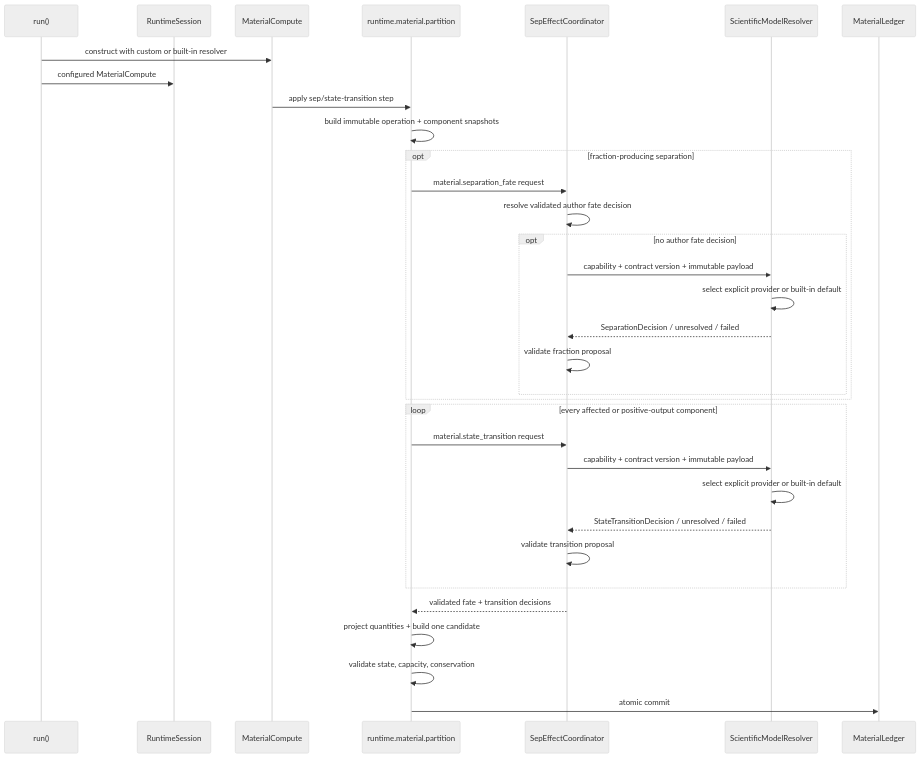
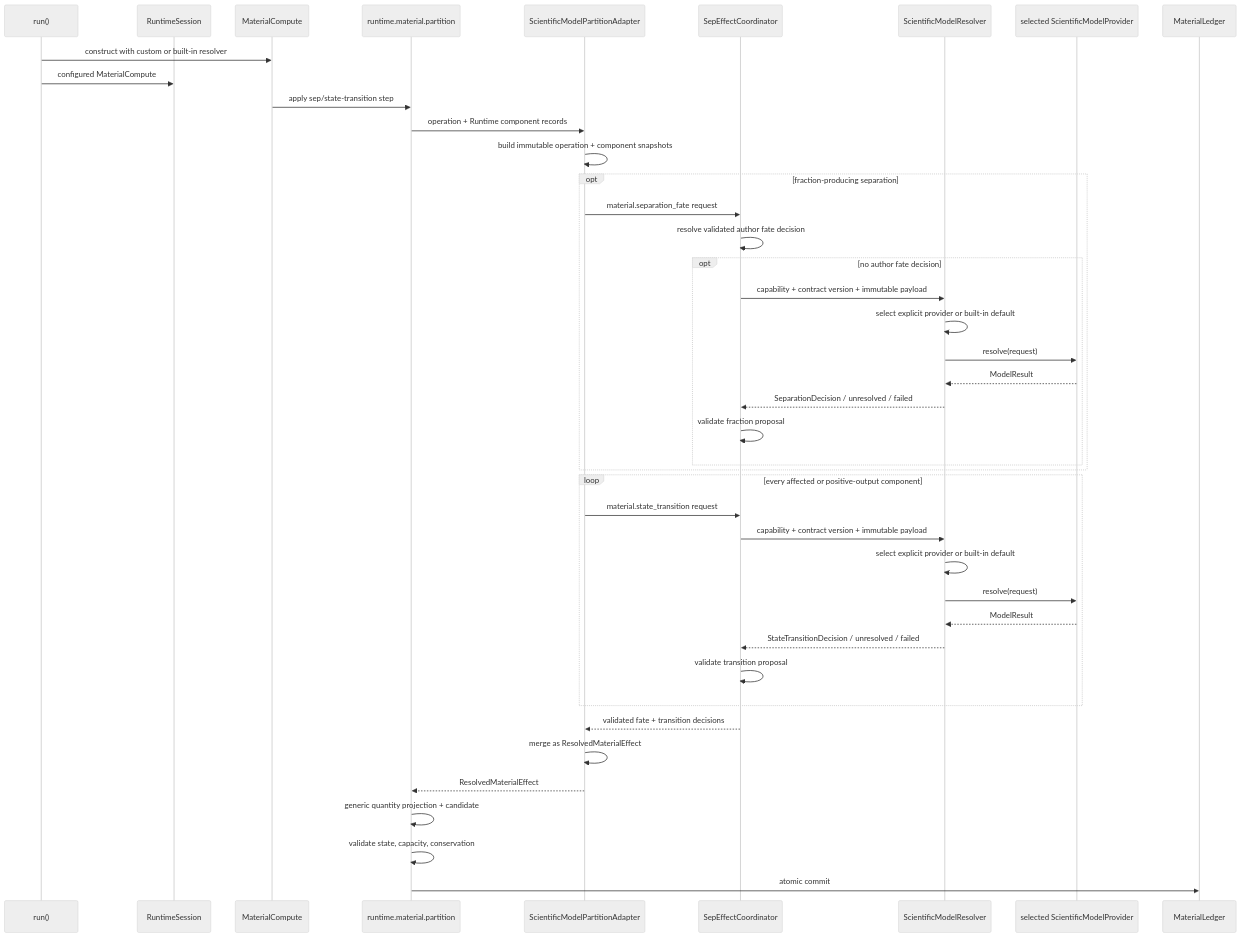
One commit to culsma/culsma changed the fifth of 8 diagrams in docs/architecture/scientific_model_module_diagrams.md. Above: the diagram before and after it, drawn with Mermaid (neutral theme). The commit also changed other lines of this file and 26 other files, not shown here.

Commit message:
feat(material): unify scientific model partition handoff

````diff
--- a/docs/architecture/scientific_model_module_diagrams.md
+++ b/docs/architecture/scientific_model_module_diagrams.md
@@ -311,36 +367,45 @@
 ```mermaid
 sequenceDiagram
     participant API as run()
     participant Session as RuntimeSession
     participant Compute as MaterialCompute
-    participant Adapter as runtime.material.partition
+    participant Partition as runtime.material.partition
+    participant Adapter as ScientificModelPartitionAdapter
     participant Model as SepEffectCoordinator
     participant Resolver as ScientificModelResolver
+    participant Provider as selected ScientificModelProvider
     participant Ledger as MaterialLedger
 
     API->>Compute: construct with custom or built-in resolver
     API->>Session: configured MaterialCompute
-    Compute->>Adapter: apply sep/state-transition step
+    Compute->>Partition: apply sep/state-transition step
+    Partition->>Adapter: operation + Runtime component records
     Adapter->>Adapter: build immutable operation + component snapshots
     opt fraction-producing separation
         Adapter->>Model: material.separation_fate request
         Model->>Model: resolve validated author fate decision
         opt no author fate decision
             Model->>Resolver: capability + contract version + immutable payload
             Resolver->>Resolver: select explicit provider or built-in default
+            Resolver->>Provider: resolve(request)
+            Provider-->>Resolver: ModelResult
             Resolver-->>Model: SeparationDecision / unresolved / failed
             Model->>Model: validate fraction proposal
         end
     end
     loop every affected or positive-output component
         Adapter->>Model: material.state_transition request
         Model->>Resolver: capability + contract version + immutable payload
         Resolver->>Resolver: select explicit provider or built-in default
+        Resolver->>Provider: resolve(request)
+        Provider-->>Resolver: ModelResult
         Resolver-->>Model: StateTransitionDecision / unresolved / failed
         Model->>Model: validate transition proposal
     end
     Model-->>Adapter: validated fate + transition decisions
-    Adapter->>Adapter: project quantities + build one candidate
-    Adapter->>Adapter: validate state, capacity, conservation
-    Adapter->>Ledger: atomic commit
+    Adapter->>Adapter: merge as ResolvedMaterialEffect
+    Adapter-->>Partition: ResolvedMaterialEffect
+    Partition->>Partition: generic quantity projection + candidate
+    Partition->>Partition: validate state, capacity, conservation
+    Partition->>Ledger: atomic commit
 ```
````
